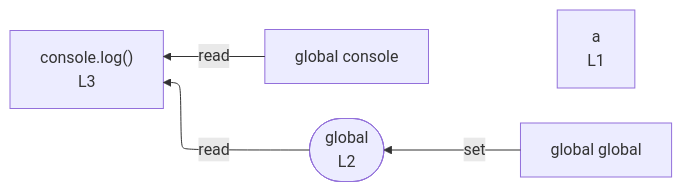
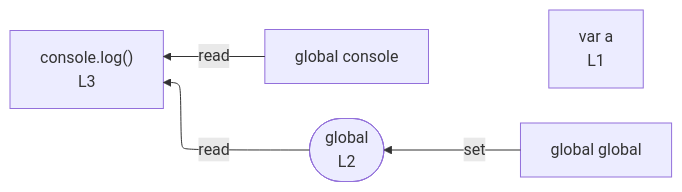
Before and after one commit to crescware/unsnarl: the diagram in integration/fixtures/declaration/var/with-implicit-global-and-read/preview.md, drawn with Mermaid. The commit also changed 9 other files, not shown here.

First line of the commit message:
Prefix var-declared Variable nodes with 'var' in mermaid output

````diff
--- a/integration/fixtures/declaration/var/with-implicit-global-and-read/preview.md
+++ b/integration/fixtures/declaration/var/with-implicit-global-and-read/preview.md
@@ -19,12 +19,12 @@
 ```mermaid
 %%{init: {"flowchart": {"defaultRenderer": "elk"}}}%%
 flowchart RL
-  n_scope_0_a_4["a<br/>L1"]
+  n_scope_0_a_4["var a<br/>L1"]
   n_scope_0_global_11["global global"]
   n_scope_0_console_23["global console"]
   wr_ref_0(["global<br/>L2"])
   n_scope_0_global_11 -->|set| wr_ref_0
   n_scope_0_console_23 -->|read| expr_stmt_23
   wr_ref_0 -->|read| expr_stmt_23
   expr_stmt_23["console.log()<br/>L3"]
 ```
````
